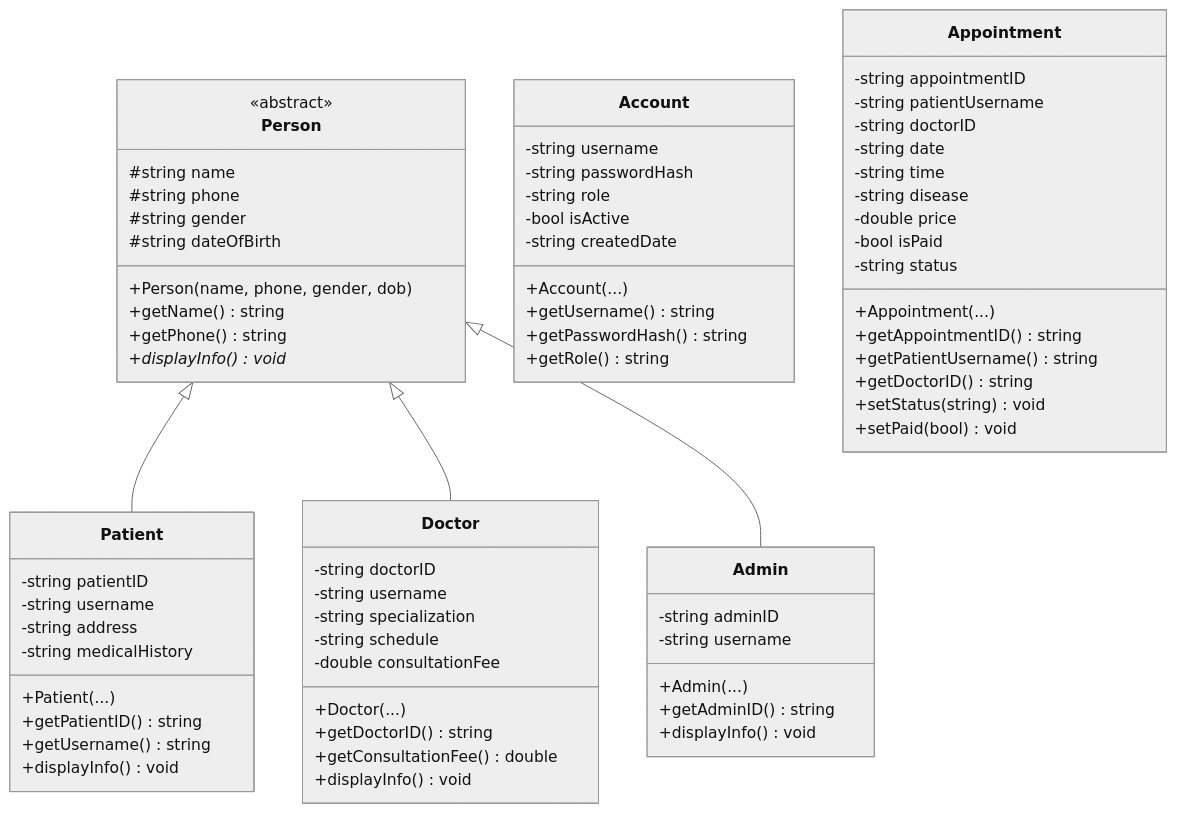
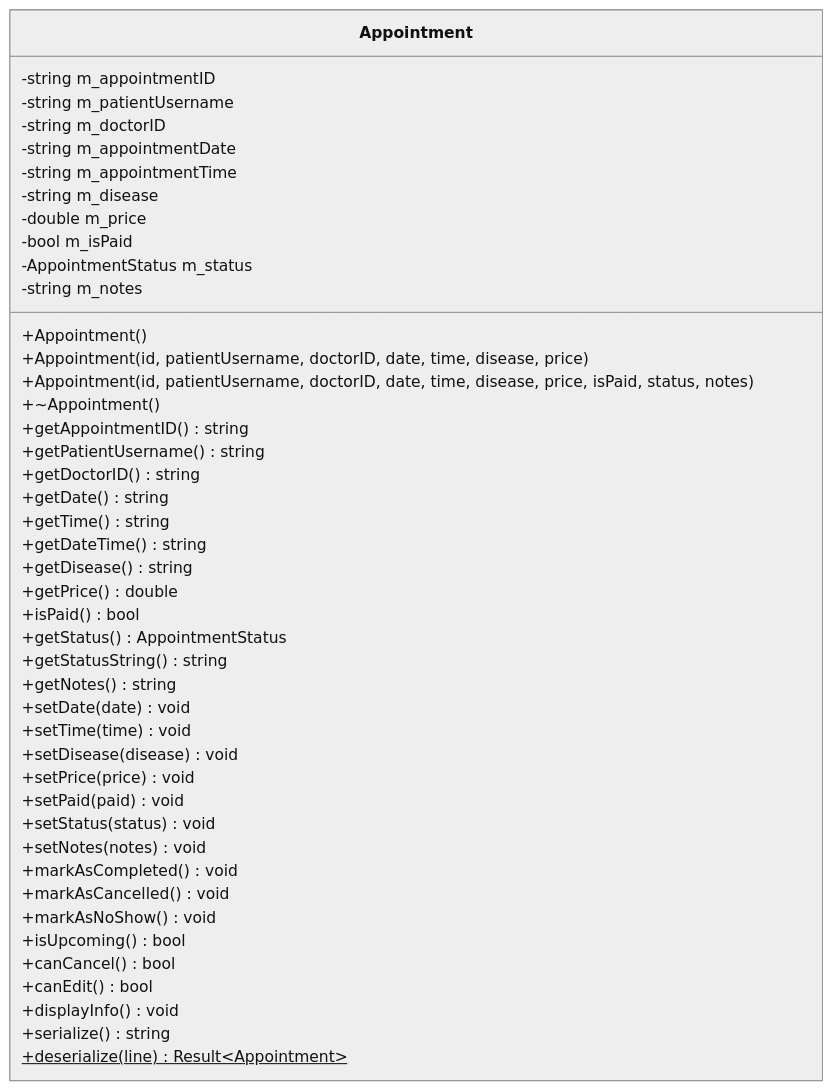
The seventh of 23 diagrams in docs/diagrams/architecture-detailed.md (Zed-28-01/Hospital_Management_Project), drawn with Mermaid (neutral theme) before and after one commit. The commit also changed other lines of this file and 2 other files, not shown here.

````diff
--- a/docs/diagrams/architecture-detailed.md
+++ b/docs/diagrams/architecture-detailed.md
@@ -138,79 +273,47 @@
 ```mermaid
 classDiagram
-    class Person {
-        <<abstract>>
-        #string name
-        #string phone
-        #string gender
-        #string dateOfBirth
-        +Person(name, phone, gender, dob)
-        +getName() string
-        +getPhone() string
-        +displayInfo()* void
-    }
-
-    class Patient {
-        -string patientID
-        -string username
-        -string address
-        -string medicalHistory
-        +Patient(...)
-        +getPatientID() string
-        +getUsername() string
-        +displayInfo() void
-    }
-
-    class Doctor {
-        -string doctorID
-        -string username
-        -string specialization
-        -string schedule
-        -double consultationFee
-        +Doctor(...)
-        +getDoctorID() string
-        +getConsultationFee() double
-        +displayInfo() void
-    }
-
-    class Admin {
-        -string adminID
-        -string username
-        +Admin(...)
-        +getAdminID() string
-        +displayInfo() void
-    }
-
-    class Account {
-        -string username
-        -string passwordHash
-        -string role
-        -bool isActive
-        -string createdDate
-        +Account(...)
-        +getUsername() string
-        +getPasswordHash() string
-        +getRole() string
-    }
-
     class Appointment {
-        -string appointmentID
-        -string patientUsername
-        -string doctorID
-        -string date
-        -string time
-        -string disease
-        -double price
-        -bool isPaid
-        -string status
-        +Appointment(...)
+        -string m_appointmentID
+        -string m_patientUsername
+        -string m_doctorID
+        -string m_appointmentDate
+        -string m_appointmentTime
+        -string m_disease
+        -double m_price
+        -bool m_isPaid
+        -AppointmentStatus m_status
+        -string m_notes
+        +Appointment()
+        +Appointment(id, patientUsername, doctorID, date, time, disease, price)
+        +Appointment(id, patientUsername, doctorID, date, time, disease, price, isPaid, status, notes)
+        +~Appointment()
         +getAppointmentID() string
         +getPatientUsername() string
         +getDoctorID() string
-        +setStatus(string) void
-        +setPaid(bool) void
+        +getDate() string
+        +getTime() string
+        +getDateTime() string
+        +getDisease() string
+        +getPrice() double
+        +isPaid() bool
+        +getStatus() AppointmentStatus
+        +getStatusString() string
+        +getNotes() string
+        +setDate(date) void
+        +setTime(time) void
+        +setDisease(disease) void
+        +setPrice(price) void
+        +setPaid(paid) void
+        +setStatus(status) void
+        +setNotes(notes) void
+        +markAsCompleted() void
+        +markAsCancelled() void
+        +markAsNoShow() void
+        +isUpcoming() bool
+        +canCancel() bool
+        +canEdit() bool
+        +displayInfo() void
+        +serialize() string
+        +deserialize(line)$ Result~Appointment~
     }
-
-    Person <|-- Patient
-    Person <|-- Doctor
-    Person <|-- Admin
 ```
````
